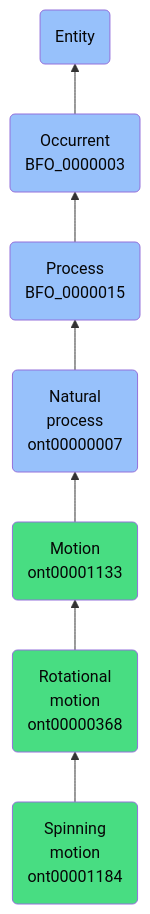
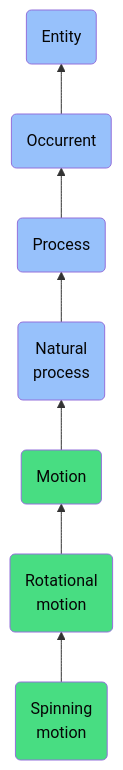
Before and after one commit to jupyter-naas/abi: the diagram in docs/ontology/reference/model/Entity/Occurrent/Process/Natural process/Motion/Rotational motion/Spinning motion/Spinning motion.md, drawn with Mermaid. The commit also changed other lines of this file and 1430 other files, not shown here.

````diff
--- a/docs/ontology/reference/model/Entity/Occurrent/Process/Natural process/Motion/Rotational motion/Spinning motion/Spinning motion.md
+++ b/docs/ontology/reference/model/Entity/Occurrent/Process/Natural process/Motion/Rotational motion/Spinning motion/Spinning motion.md
@@ -24,14 +24,14 @@
 ```mermaid
 graph BT
-    ont00001184(Spinning<br>motion<br>ont00001184):::ABI-->ont00000368
-    ont00000368(Rotational<br>motion<br>ont00000368):::ABI-->ont00001133
-    ont00001133(Motion<br>ont00001133):::ABI-->ont00000007
-    ont00000007(Natural<br>process<br>ont00000007):::BFO-->BFO_0000015
-    BFO_0000015(Process<br>BFO_0000015):::BFO-->BFO_0000003
-    BFO_0000003(Occurrent<br>BFO_0000003):::BFO-->BFO_0000001
+    ont00001184(Spinning<br>motion):::ABI-->ont00000368
+    ont00000368(Rotational<br>motion):::ABI-->ont00001133
+    ont00001133(Motion):::ABI-->ont00000007
+    ont00000007(Natural<br>process):::BFO-->BFO_0000015
+    BFO_0000015(Process):::BFO-->BFO_0000003
+    BFO_0000003(Occurrent):::BFO-->BFO_0000001
     BFO_0000001(Entity):::BFO
     
     classDef BFO fill:#97c1fb,color:#060606
     classDef CCO fill:#e4c51e,color:#060606
     classDef ABI fill:#48DD82,color:#060606
 ```
````
